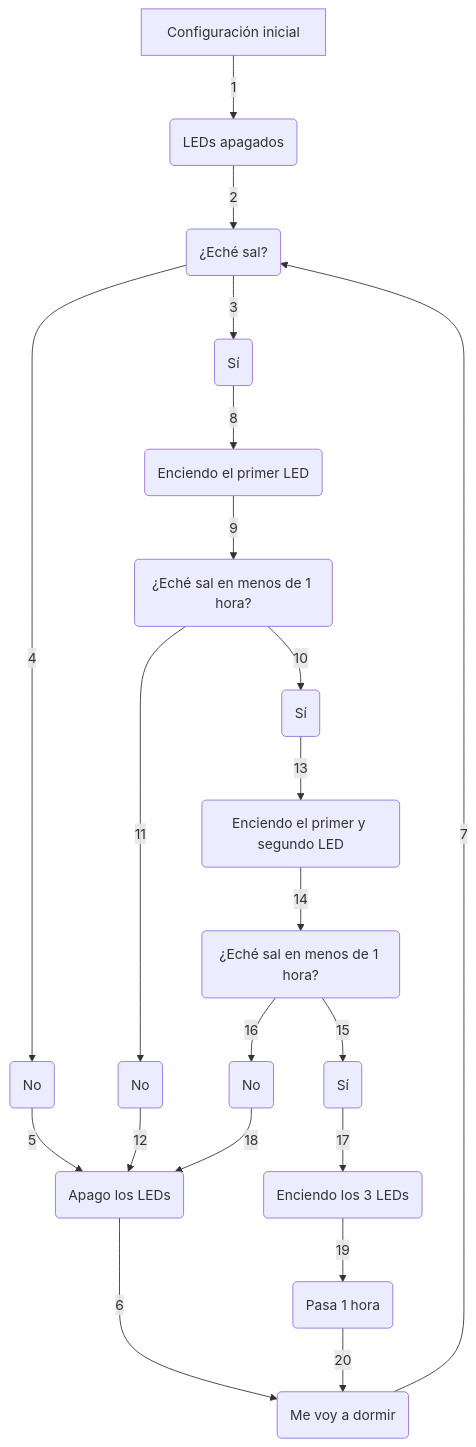
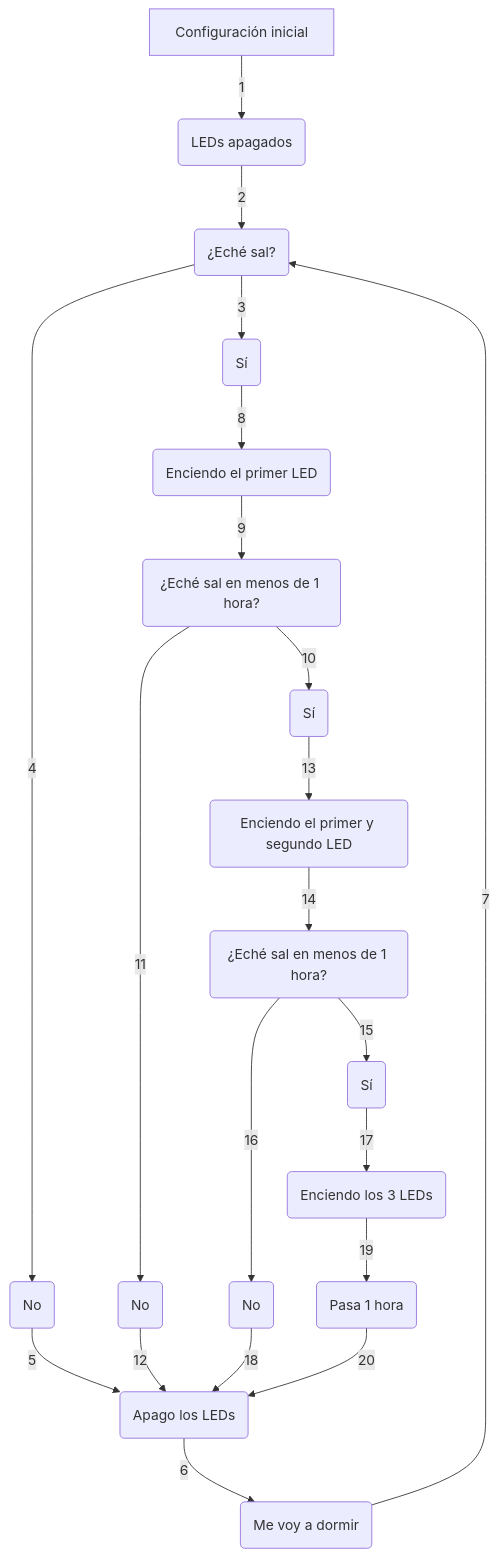
One commit to MediaLabUniovi/Salero-MdN changed the diagram in README.md. Above: the diagram before and after it, drawn with Mermaid.

````diff
--- a/README.md
+++ b/README.md
@@ -80,24 +80,24 @@
 ```mermaid
 graph TD;
   A[Configuración inicial] -->|1| B(LEDs apagados)
   B -->|2| C(¿Eché sal?)
   C -->|3| D(Sí)
   C -->|4| E(No)
   E -->|5| G(Apago los LEDs)
   G -->|6| S(Me voy a dormir)
   S -->|7| C
   D -->|8| H(Enciendo el primer LED)
   H -->|9| I(¿Eché sal en menos de 1 hora?)
   I -->|10| J(Sí)
   I -->|11| K(No)
   K -->|12| G
   J -->|13| L(Enciendo el primer y segundo LED)
   L -->|14| M(¿Eché sal en menos de 1 hora?)
   M -->|15| N(Sí)
   M -->|16| O(No)
   N -->|17| P(Enciendo los 3 LEDs)
   O -->|18| G
   P -->|19| R(Pasa 1 hora)
-  R -->|20| S
+  R -->|20| G
   
 ```
````
